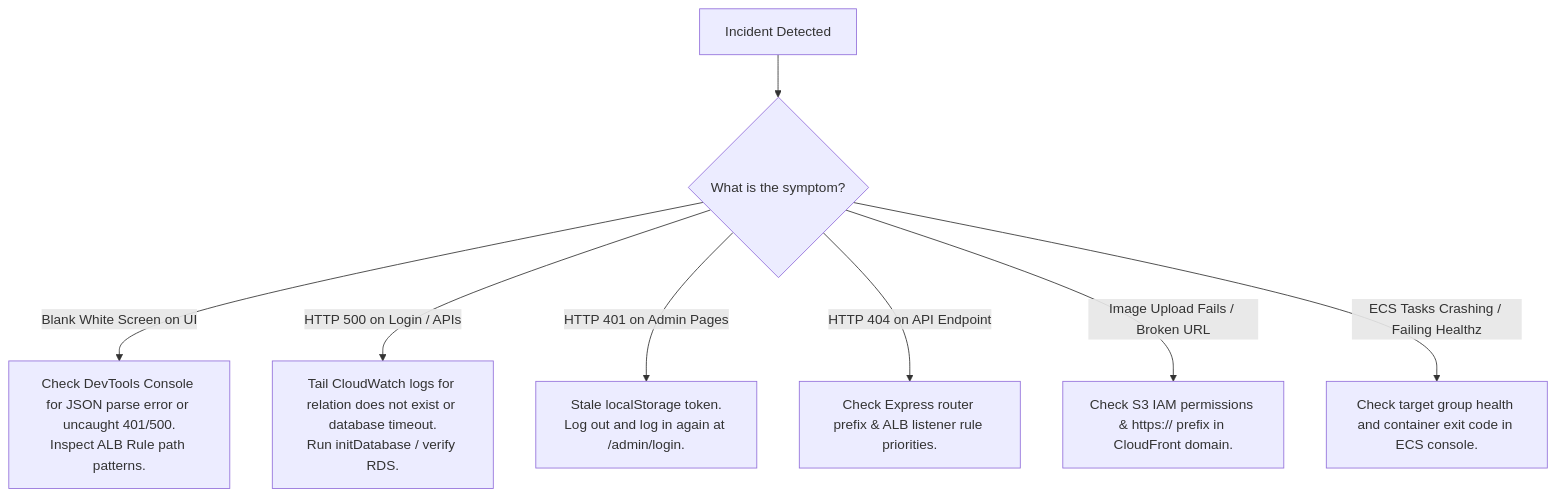
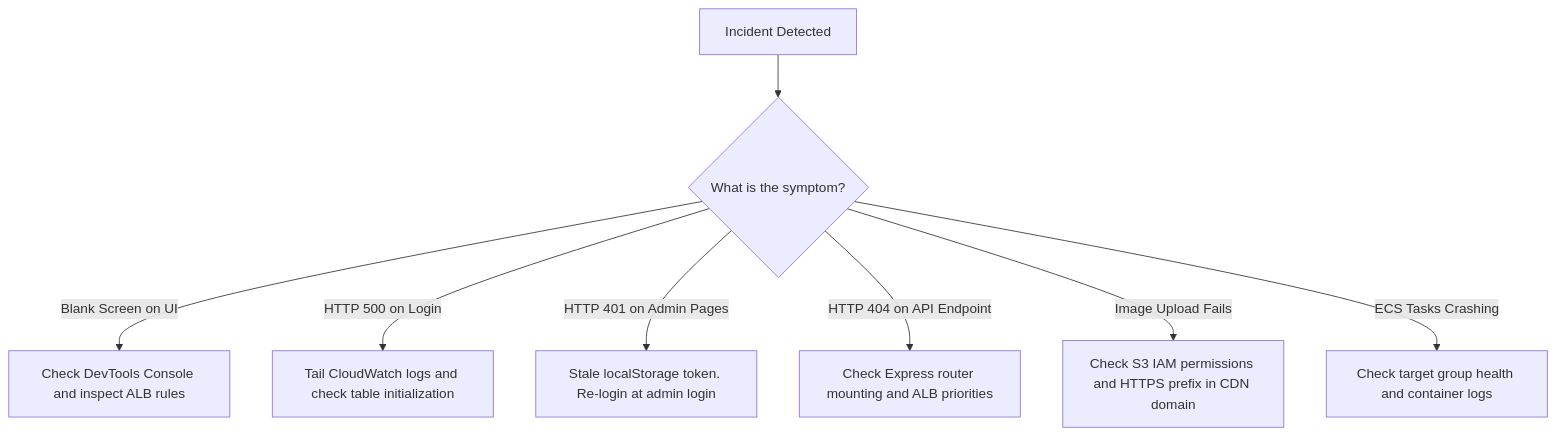
One commit to valivarthi007/sunotal_fullstk changed the diagram in docs/troubleshooting_and_fixing_manual.md. Above: the diagram before and after it, drawn with Mermaid. The commit also changed 14 other files, not shown here.

Commit message:
docs: fix mermaid architecture diagram syntax across all documentation files

````diff
--- a/docs/troubleshooting_and_fixing_manual.md
+++ b/docs/troubleshooting_and_fixing_manual.md
@@ -9,11 +9,11 @@
 ```mermaid
 graph TD
     Issue["Incident Detected"] --> Q1{"What is the symptom?"}
     
-    Q1 -->|Blank White Screen on UI| A1["Check DevTools Console for JSON parse error or uncaught 401/500.<br/>Inspect ALB Rule path patterns."]
-    Q1 -->|HTTP 500 on Login / APIs| A2["Tail CloudWatch logs for relation does not exist or database timeout.<br/>Run initDatabase / verify RDS."]
-    Q1 -->|HTTP 401 on Admin Pages| A3["Stale localStorage token.<br/>Log out and log in again at /admin/login."]
-    Q1 -->|HTTP 404 on API Endpoint| A4["Check Express router prefix & ALB listener rule priorities."]
-    Q1 -->|Image Upload Fails / Broken URL| A5["Check S3 IAM permissions & https:// prefix in CloudFront domain."]
-    Q1 -->|ECS Tasks Crashing / Failing Healthz| A6["Check target group health and container exit code in ECS console."]
+    Q1 -->|"Blank Screen on UI"| A1["Check DevTools Console and inspect ALB rules"]
+    Q1 -->|"HTTP 500 on Login"| A2["Tail CloudWatch logs and check table initialization"]
+    Q1 -->|"HTTP 401 on Admin Pages"| A3["Stale localStorage token. Re-login at admin login"]
+    Q1 -->|"HTTP 404 on API Endpoint"| A4["Check Express router mounting and ALB priorities"]
+    Q1 -->|"Image Upload Fails"| A5["Check S3 IAM permissions and HTTPS prefix in CDN domain"]
+    Q1 -->|"ECS Tasks Crashing"| A6["Check target group health and container logs"]
 ```
````
